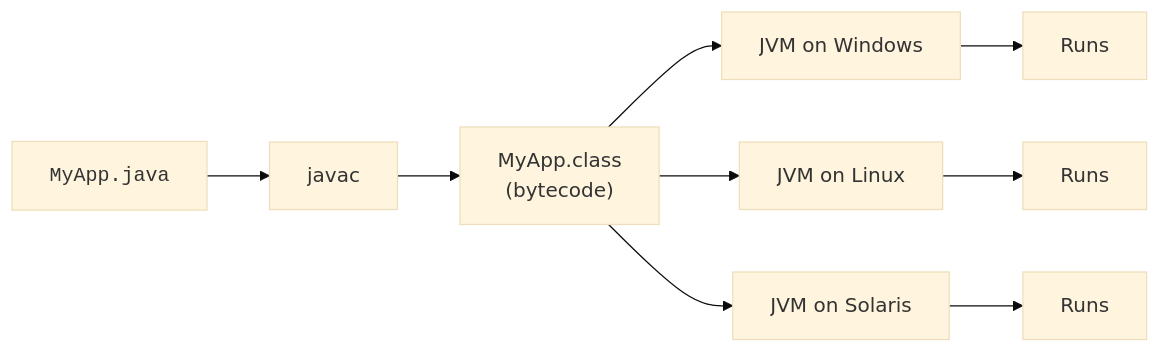
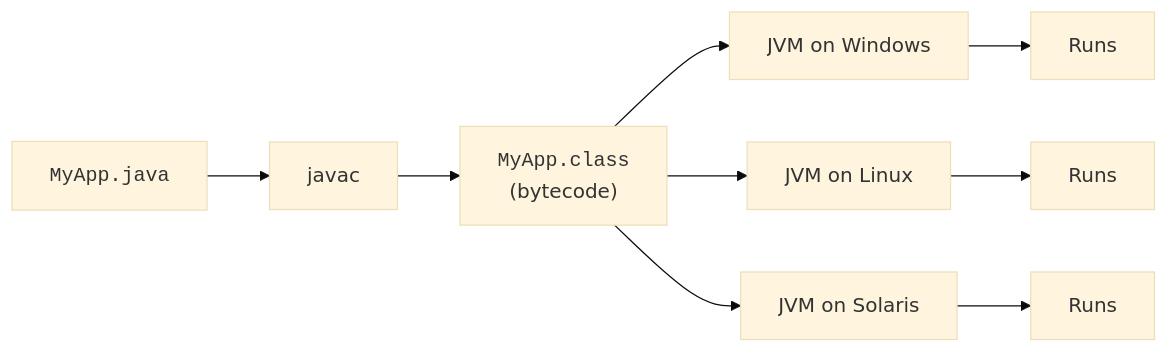
One commit to dataslope/dataslope changed the third of 4 diagrams in content/learn/intro-modern-csharp/java-and-managed-runtimes.mdx. Above: the diagram before and after it, drawn with Mermaid (base theme). The commit also changed other lines of this file and 100 other files, not shown here.

First line of the commit message:
Wrap more code in diagram labels: filenames, hex, assignments, subgraph titles

````diff
--- a/content/learn/intro-modern-csharp/java-and-managed-runtimes.mdx
+++ b/content/learn/intro-modern-csharp/java-and-managed-runtimes.mdx
@@ -99,10 +99,10 @@
 ```mermaid
 flowchart LR
-    S["<code>MyApp.java</code>"] --> C["javac"] --> B["MyApp.class<br/>(bytecode)"]
+    S["<code>MyApp.java</code>"] --> C["javac"] --> B["<code>MyApp.class</code><br/>(bytecode)"]
     B --> JVMW["JVM on Windows"]
     B --> JVML["JVM on Linux"]
     B --> JVMS["JVM on Solaris"]
     JVMW --> R1[Runs]
     JVML --> R2[Runs]
     JVMS --> R3[Runs]
 ```
````
